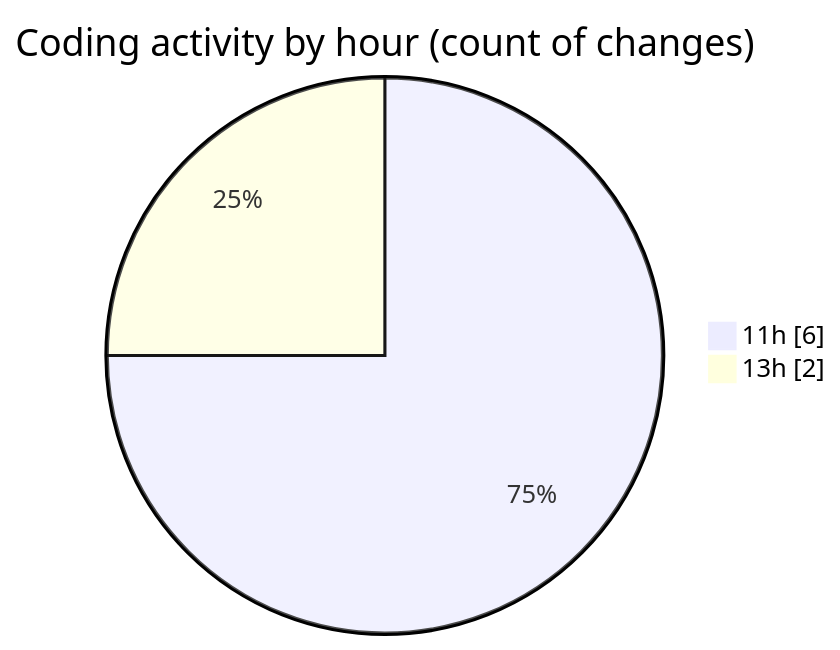
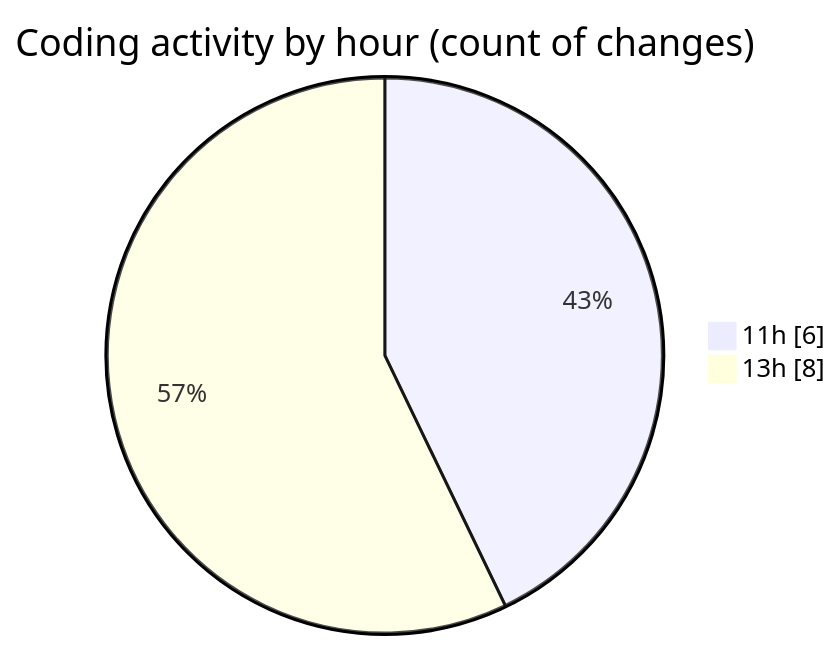
The second of 2 diagrams in 2025-04-24/enre_-_calculadora_de_consumo_v_2022_files/README.md (LanceThiago/code-tracking), drawn with Mermaid before and after one commit. The commit also changed other lines of this file and 1 other file, not shown here.

````diff
--- a/2025-04-24/enre_-_calculadora_de_consumo_v_2022_files/README.md
+++ b/2025-04-24/enre_-_calculadora_de_consumo_v_2022_files/README.md
@@ -30,6 +30,6 @@
 ```mermaid
 pie showData
 title Coding activity by hour (count of changes)
 "11h" : 6
-"13h" : 2
+"13h" : 8
 ```
````
